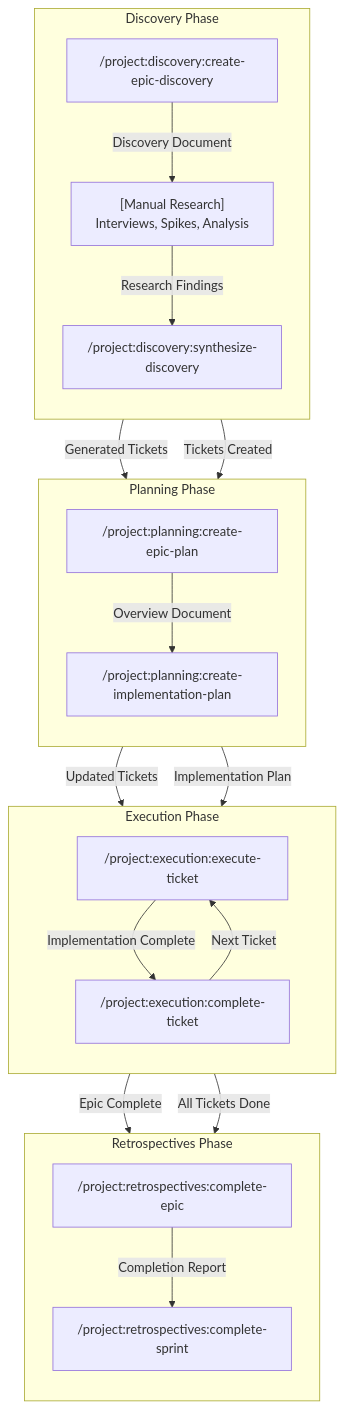
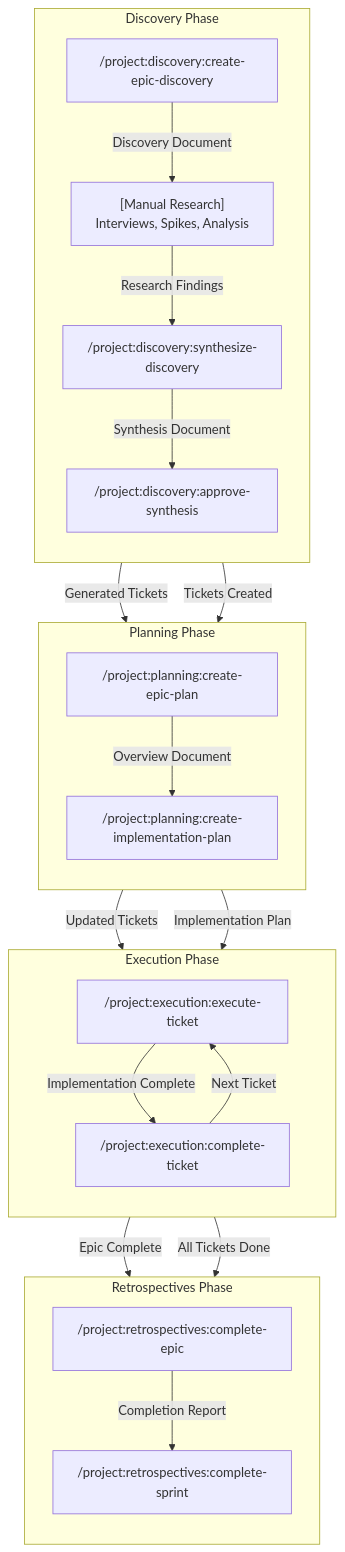
One commit to Jeffallan/claude-skills changed the first of 5 diagrams in docs/WORKFLOW_COMMANDS.md. Above: the diagram before and after it, drawn with Mermaid. The commit also changed other lines of this file and 10 other files, not shown here.

````diff
--- a/docs/WORKFLOW_COMMANDS.md
+++ b/docs/WORKFLOW_COMMANDS.md
@@ -38,44 +38,46 @@
 ```mermaid
 flowchart TB
     subgraph Discovery["Discovery Phase"]
         direction TB
         CED["/project:discovery:create-epic-discovery"]
         MR["[Manual Research]<br/>Interviews, Spikes, Analysis"]
         SD["/project:discovery:synthesize-discovery"]
+        AS["/project:discovery:approve-synthesis"]
 
         CED -->|"Discovery Document"| MR
         MR -->|"Research Findings"| SD
+        SD -->|"Synthesis Document"| AS
     end
 
     subgraph Planning["Planning Phase"]
         direction TB
         CEP["/project:planning:create-epic-plan"]
         CIP["/project:planning:create-implementation-plan"]
 
         CEP -->|"Overview Document"| CIP
     end
 
     subgraph Execution["Execution Phase"]
         direction TB
         ET["/project:execution:execute-ticket"]
         CT["/project:execution:complete-ticket"]
 
         ET -->|"Implementation Complete"| CT
         CT -->|"Next Ticket"| ET
     end
 
     subgraph Retrospectives["Retrospectives Phase"]
         direction TB
         CE["/project:retrospectives:complete-epic"]
         CS["/project:retrospectives:complete-sprint"]
 
         CE -->|"Completion Report"| CS
     end
 
     Discovery -->|"Tickets Created"| Planning
     SD -->|"Generated Tickets"| CEP
     Planning -->|"Implementation Plan"| Execution
     CIP -->|"Updated Tickets"| ET
     Execution -->|"All Tickets Done"| Retrospectives
     CT -->|"Epic Complete"| CE
 ```
````
